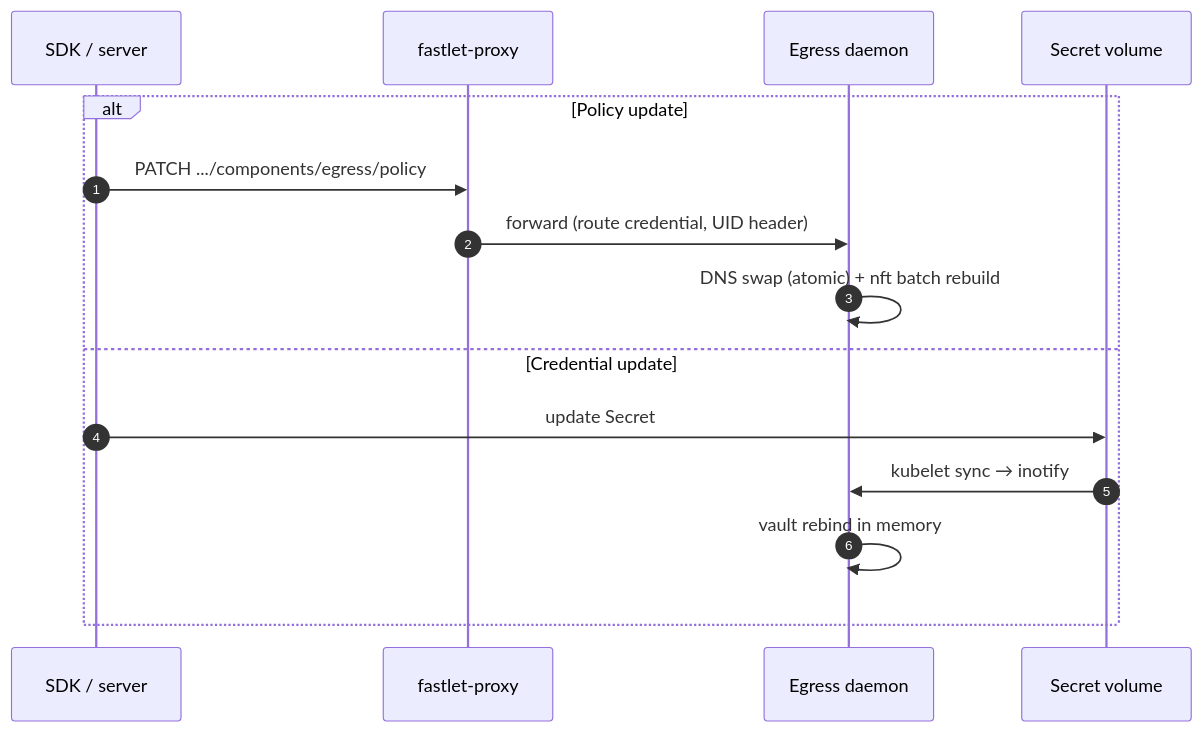
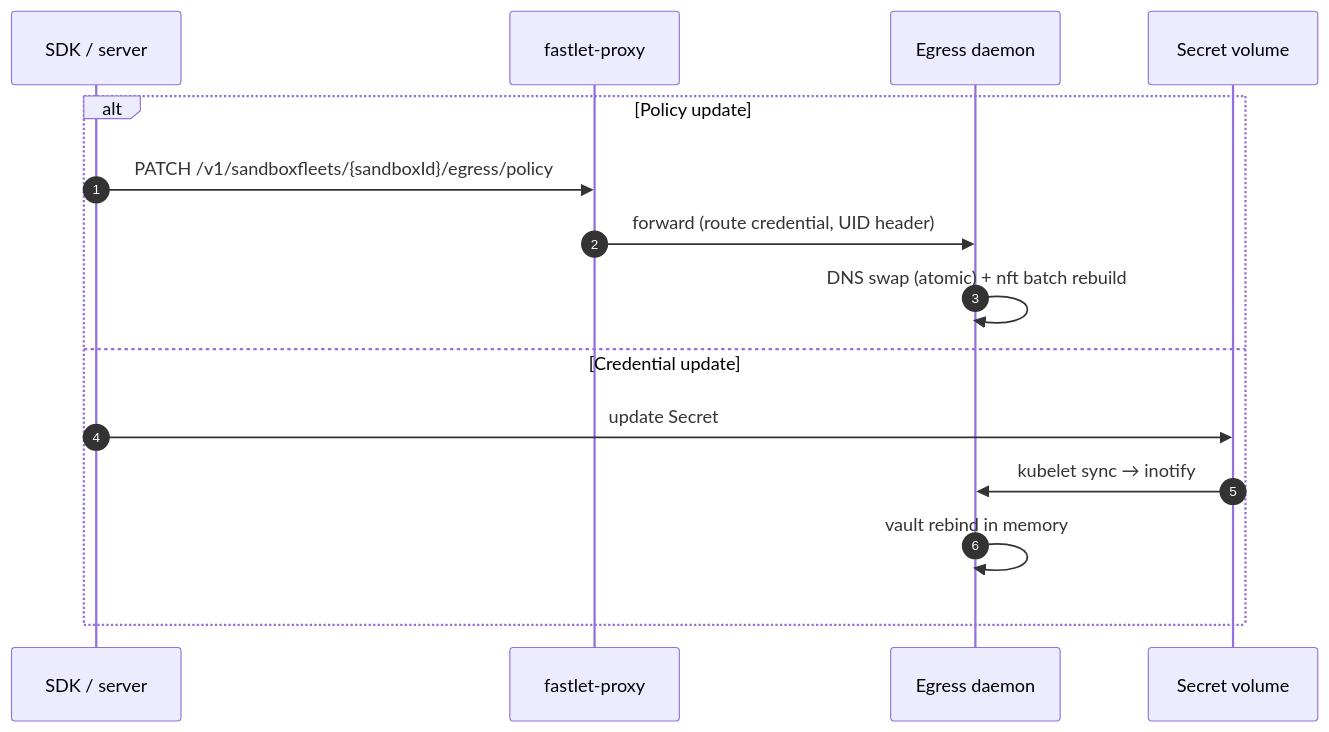
The second of 2 diagrams in oseps/0021-multi-sandbox-egress-control-plane.md (Pangjiping/OpenSandbox), drawn with Mermaid before and after one commit. The commit also changed other lines of this file, not shown here.

First line of the commit message:
docs(oseps): use /v1/sandboxfleets/{sandboxId}/egress route for egress access

````diff
--- a/oseps/0021-multi-sandbox-egress-control-plane.md
+++ b/oseps/0021-multi-sandbox-egress-control-plane.md
@@ -151,18 +151,18 @@
 ```mermaid
 sequenceDiagram
     autonumber
     participant U as SDK / server
     participant P as fastlet-proxy
     participant E as Egress daemon
     participant SEC as Secret volume
 
     alt Policy update
-        U->>P: PATCH .../components/egress/policy
+        U->>P: PATCH /v1/sandboxfleets/{sandboxId}/egress/policy
         P->>E: forward (route credential, UID header)
         E->>E: DNS swap (atomic) + nft batch rebuild
     else Credential update
         U->>SEC: update Secret
         SEC->>E: kubelet sync → inotify
         E->>E: vault rebind in memory
     end
 ```
````
